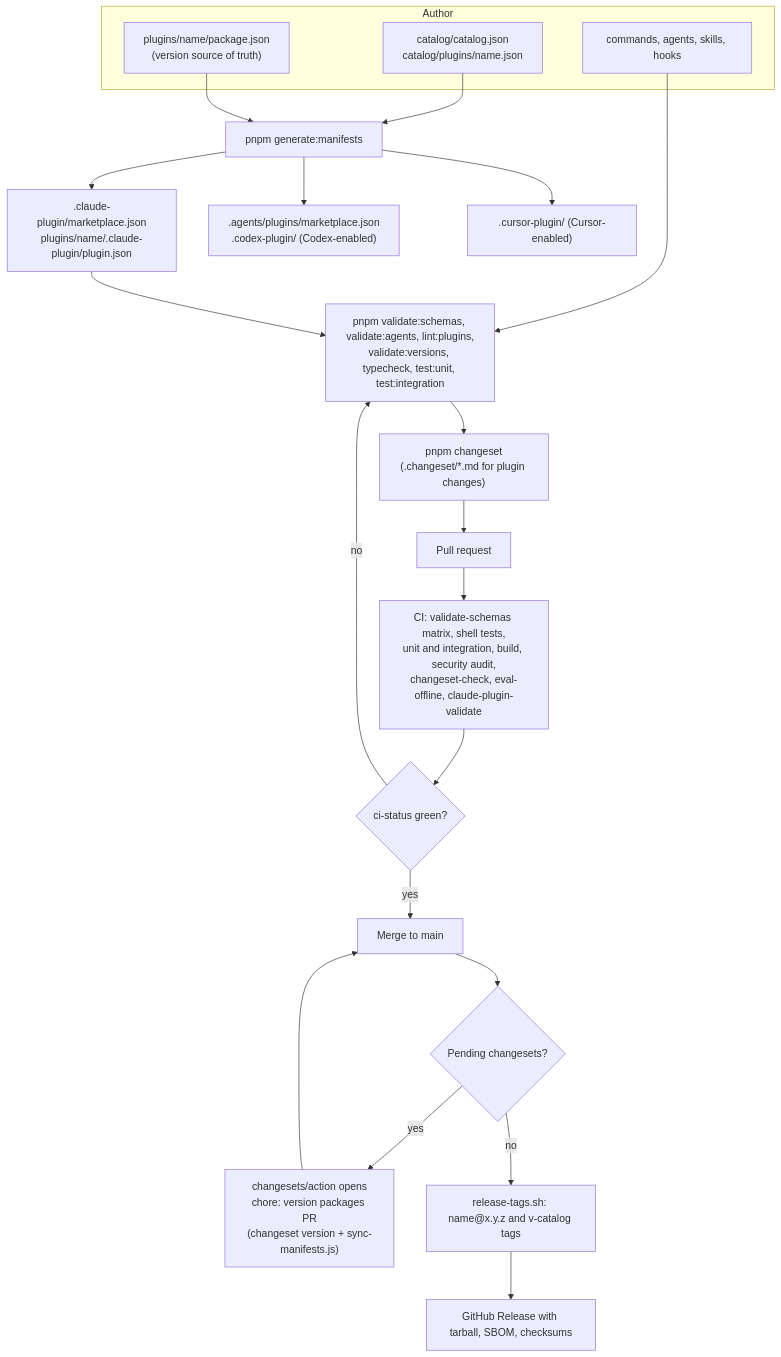
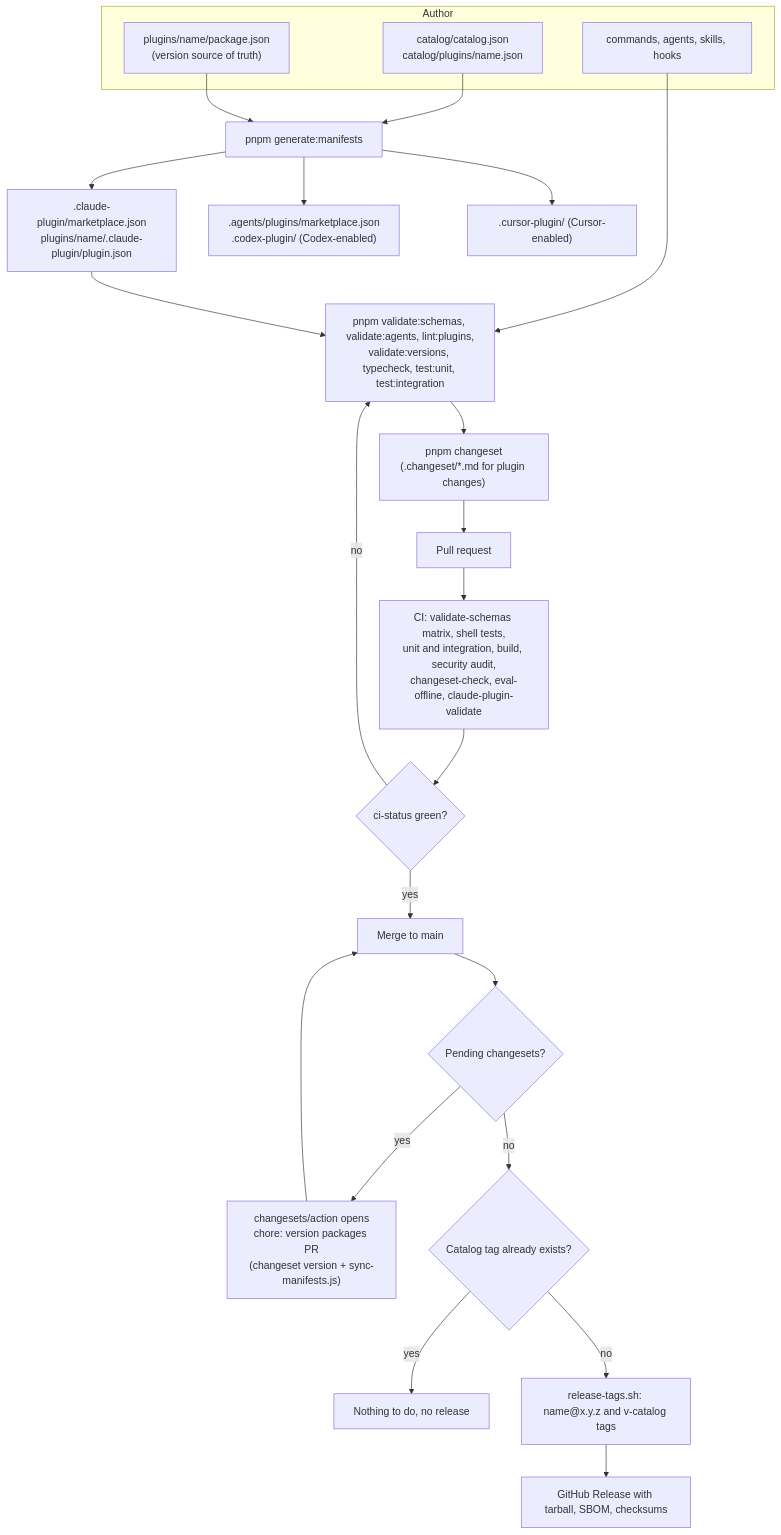
Before and after one commit to KingInYellows/yellow-plugins: the eighth of 8 diagrams in docs/workflow-diagrams.md, drawn with Mermaid. The commit also changed other lines of this file and 1 other file, not shown here.

First line of the commit message:
docs: correct provider, select, shell and release diagram details

````diff
--- a/docs/workflow-diagrams.md
+++ b/docs/workflow-diagrams.md
@@ -241,27 +249,29 @@
 ```mermaid
 flowchart TD
   subgraph author [Author]
     Catalog["catalog/catalog.json<br/>catalog/plugins/name.json"]
     Pkg["plugins/name/package.json<br/>(version source of truth)"]
     Content["commands, agents, skills, hooks"]
   end
   Catalog --> Gen["pnpm generate:manifests"]
   Pkg --> Gen
   Gen --> Claude[".claude-plugin/marketplace.json<br/>plugins/name/.claude-plugin/plugin.json"]
   Gen --> CodexOut[".agents/plugins/marketplace.json<br/>.codex-plugin/ (Codex-enabled)"]
   Gen --> CursorOut[".cursor-plugin/ (Cursor-enabled)"]
   Content --> Local
   Claude --> Local
   Local["pnpm validate:schemas, validate:agents, lint:plugins,<br/>validate:versions, typecheck, test:unit, test:integration"]
   Local --> Changeset["pnpm changeset<br/>(.changeset/*.md for plugin changes)"]
   Changeset --> PRStep["Pull request"]
   PRStep --> CIJobs["CI: validate-schemas matrix, shell tests,<br/>unit and integration, build, security audit,<br/>changeset-check, eval-offline, claude-plugin-validate"]
   CIJobs --> Status{"ci-status green?"}
   Status -->|no| Local
   Status -->|yes| Main["Merge to main"]
   Main --> VP{"Pending changesets?"}
   VP -->|yes| VersionPR["changesets/action opens<br/>chore: version packages PR<br/>(changeset version + sync-manifests.js)"]
   VersionPR --> Main
-  VP -->|no| Tags["release-tags.sh: name@x.y.z and v-catalog tags"]
+  VP -->|no| TagExists{"Catalog tag already exists?"}
+  TagExists -->|yes| Noop["Nothing to do, no release"]
+  TagExists -->|no| Tags["release-tags.sh: name@x.y.z and v-catalog tags"]
   Tags --> Release["GitHub Release with tarball, SBOM, checksums"]
 ```
````
